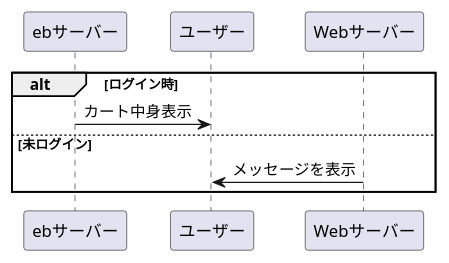
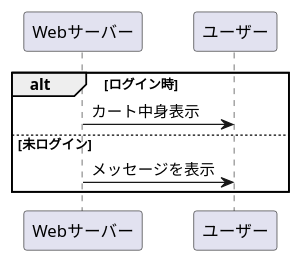
One commit to Aso2001409/2021sys-design changed the diagram in sample2.md. Above: the diagram before and after it, drawn with PlantUML.

````diff
--- a/sample2.md
+++ b/sample2.md
@@ -2,13 +2,13 @@
 ```uml
 @startuml
 
 
 alt ログイン時
-ebサーバー -> ユーザー :カート中身表示
+Webサーバー -> ユーザー :カート中身表示
 
 else 未ログイン
 Webサーバー -> ユーザー :メッセージを表示
 
 end
 @enduml
 ```
````
